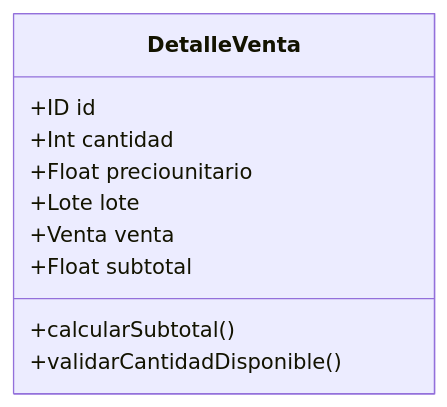
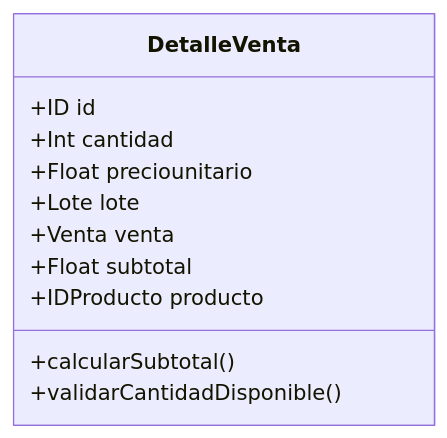
One commit to jose6668/FarmaExpres-backend changed the seventh of 9 diagrams in Diagramas/Diagrama_Clases.md. Above: the diagram before and after it, drawn with Mermaid. The commit also changed other lines of this file and 6 other files, not shown here.

````diff
--- a/Diagramas/Diagrama_Clases.md
+++ b/Diagramas/Diagrama_Clases.md
@@ -95,13 +97,14 @@
 ```mermaid
 classDiagram
 class DetalleVenta {
   +ID id
   +Int cantidad
   +Float preciounitario
   +Lote lote
   +Venta venta
   +Float subtotal
+  +IDProducto producto
   +calcularSubtotal()
   +validarCantidadDisponible()
 }
 ```
````
